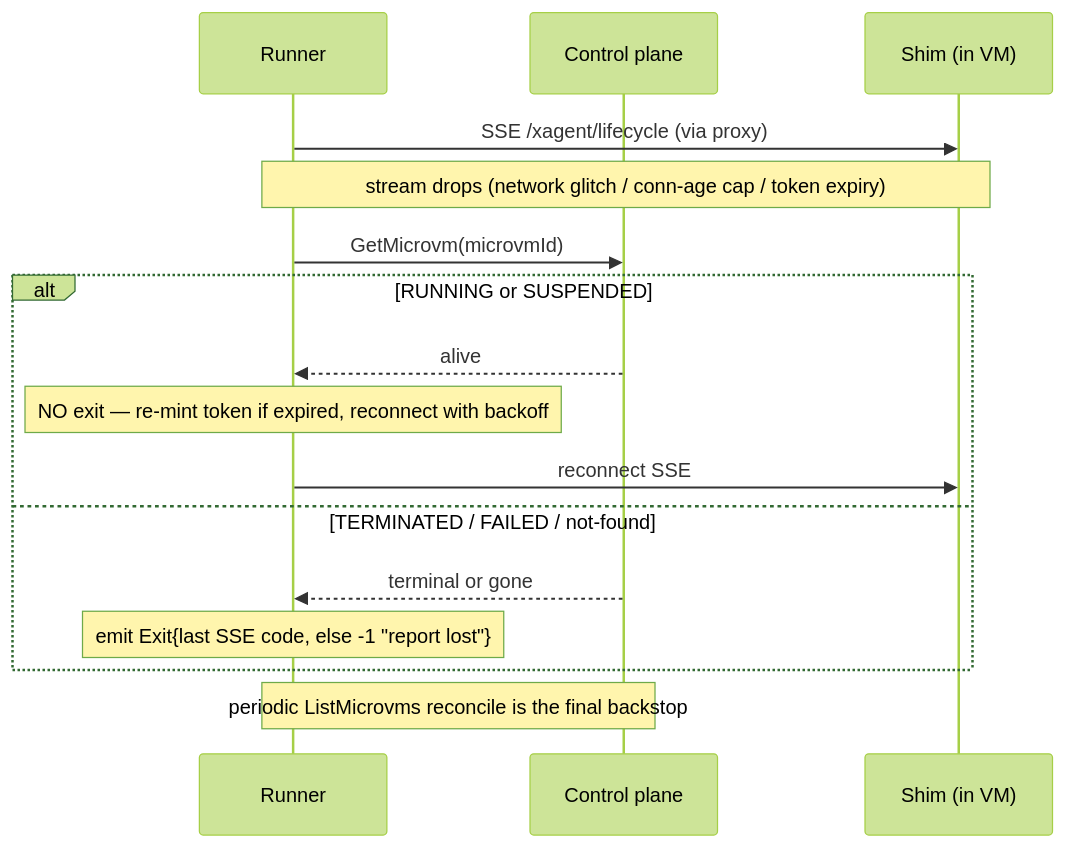
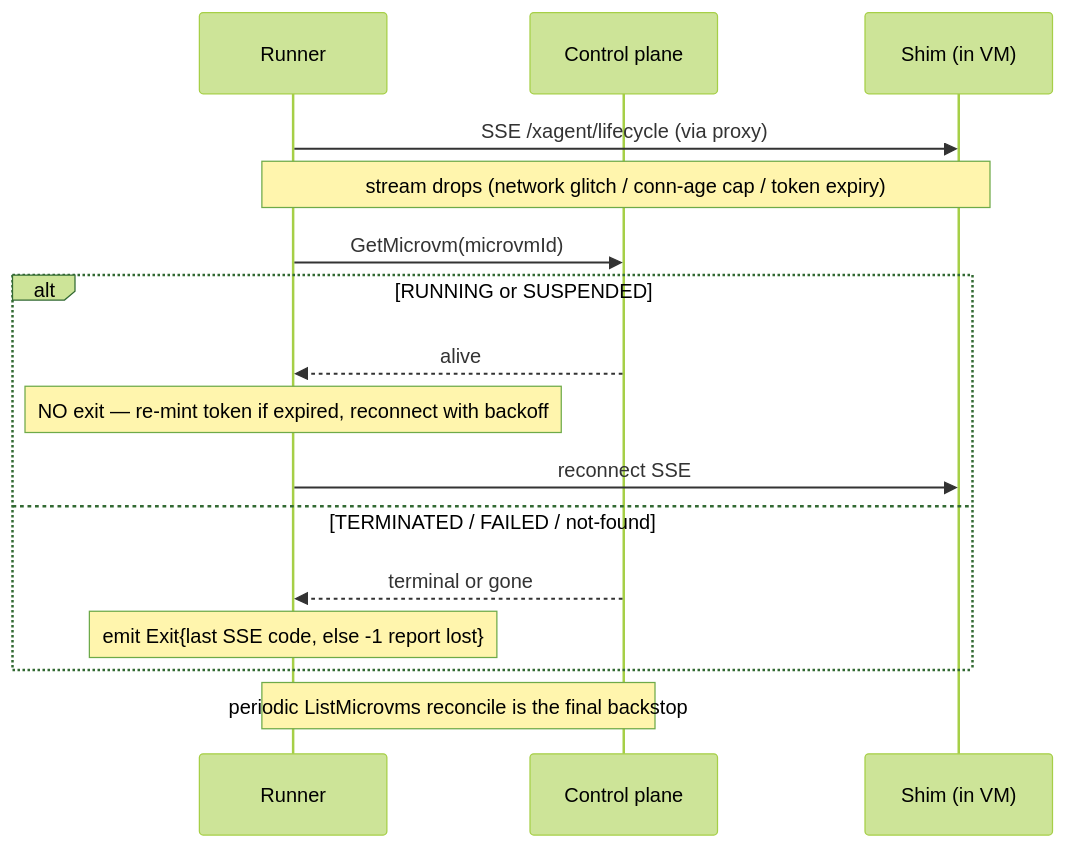
One commit to icholy/xagent changed the second of 3 diagrams in proposals/draft/lambda-microvm-backend.md. Above: the diagram before and after it, drawn with Mermaid (forest theme). The commit also changed other lines of this file, not shown here.

Commit message:
proposal: fix mermaid sequence diagram parse error

````diff
--- a/proposals/draft/lambda-microvm-backend.md
+++ b/proposals/draft/lambda-microvm-backend.md
@@ -258,19 +258,19 @@
 ```mermaid
 sequenceDiagram
     participant R as Runner
     participant CP as Control plane
     participant Shim as Shim (in VM)
 
     R->>Shim: SSE /xagent/lifecycle (via proxy)
     Note over R,Shim: stream drops (network glitch / conn-age cap / token expiry)
     R->>CP: GetMicrovm(microvmId)
     alt RUNNING or SUSPENDED
         CP-->>R: alive
         Note over R: NO exit — re-mint token if expired, reconnect with backoff
         R->>Shim: reconnect SSE
     else TERMINATED / FAILED / not-found
         CP-->>R: terminal or gone
-        Note over R: emit Exit{last SSE code, else -1 "report lost"}
+        Note over R: emit Exit{last SSE code, else -1 report lost}
     end
     Note over R,CP: periodic ListMicrovms reconcile is the final backstop
 ```
````
